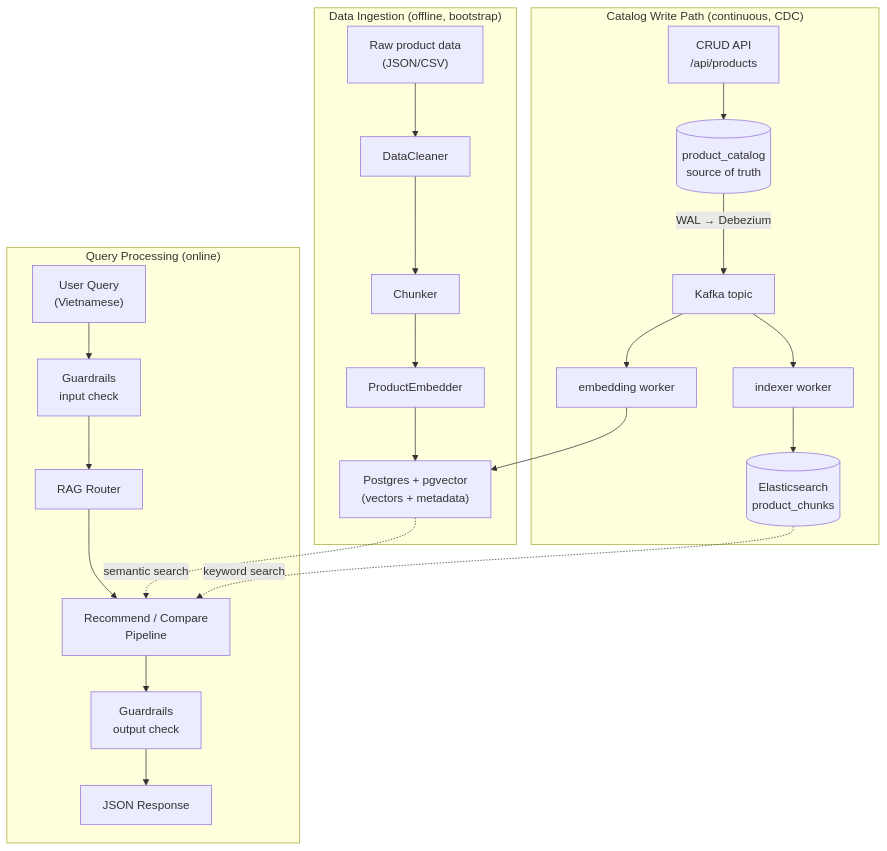
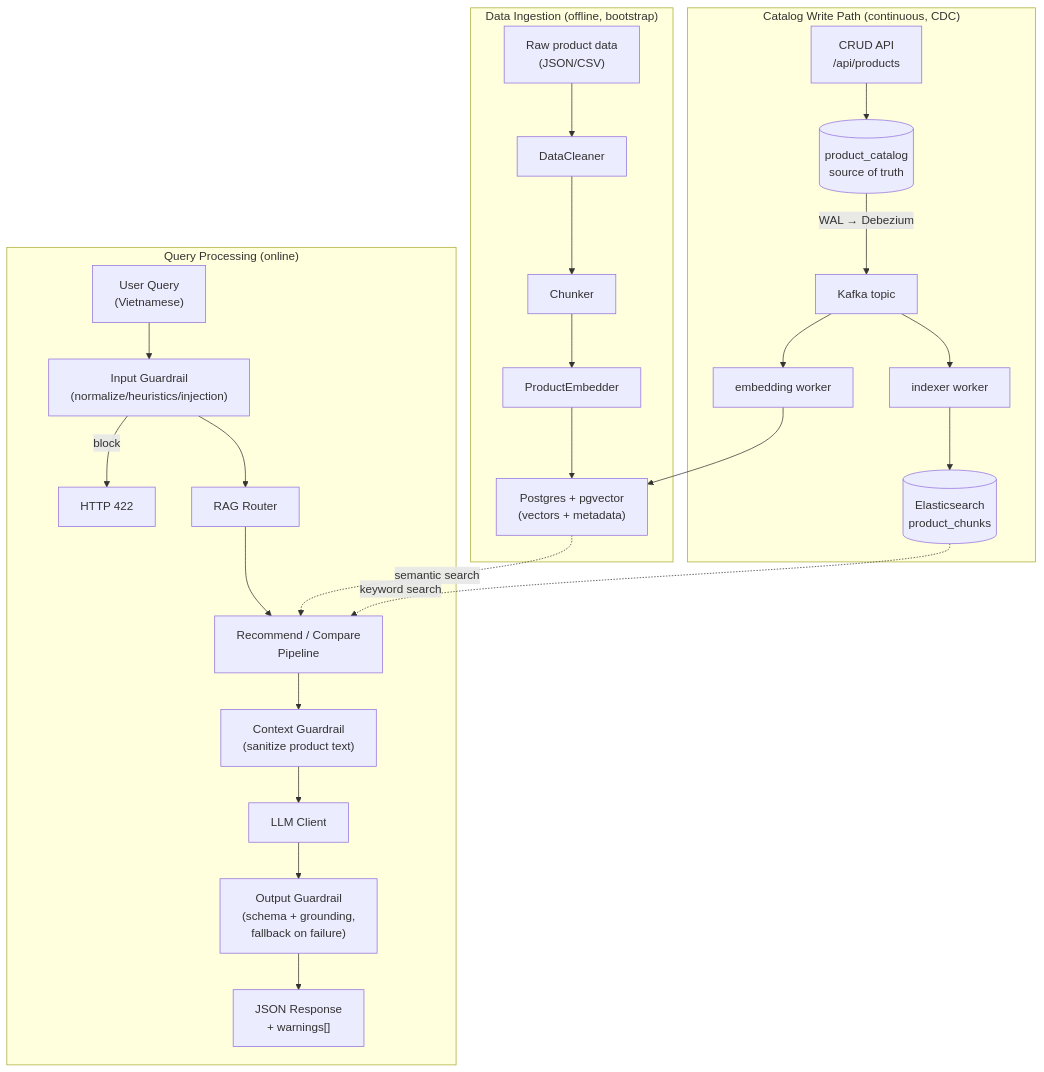
The sixth of 6 diagrams in docs/architecture/pipeline-flow.md (nxhawk/techscout-rag-recommend), drawn with Mermaid before and after one commit. The commit also changed other lines of this file and 72 other files, not shown here.

````diff
--- a/docs/architecture/pipeline-flow.md
+++ b/docs/architecture/pipeline-flow.md
@@ -297,29 +330,32 @@
 ```mermaid
 flowchart TD
     subgraph Ingestion["Data Ingestion (offline, bootstrap)"]
         RAW["Raw product data\n(JSON/CSV)"] --> CLEAN[DataCleaner]
         CLEAN --> CHUNK[Chunker]
         CHUNK --> EMBED[ProductEmbedder]
         EMBED --> STORE["Postgres + pgvector\n(vectors + metadata)"]
     end
 
     subgraph CDC["Catalog Write Path (continuous, CDC)"]
         CRUD["CRUD API\n/api/products"] --> CAT[("product_catalog\nsource of truth")]
         CAT -->|"WAL → Debezium"| KAFKA["Kafka topic"]
         KAFKA --> IW["indexer worker"]
         KAFKA --> EW["embedding worker"]
         IW --> ESI[("Elasticsearch\nproduct_chunks")]
         EW --> STORE
     end
 
     subgraph Runtime["Query Processing (online)"]
-        USER["User Query\n(Vietnamese)"] --> GUARD_IN[Guardrails\ninput check]
+        USER["User Query\n(Vietnamese)"] --> GUARD_IN["Input Guardrail\n(normalize/heuristics/injection)"]
+        GUARD_IN -->|block| E422["HTTP 422"]
         GUARD_IN --> ROUTER[RAG Router]
         ROUTER --> PIPELINE["Recommend / Compare\nPipeline"]
-        PIPELINE --> GUARD_OUT[Guardrails\noutput check]
-        GUARD_OUT --> API["JSON Response"]
+        PIPELINE --> GUARD_CTX["Context Guardrail\n(sanitize product text)"]
+        GUARD_CTX --> LLMCALL[LLM Client]
+        LLMCALL --> GUARD_OUT["Output Guardrail\n(schema + grounding,\nfallback on failure)"]
+        GUARD_OUT --> API["JSON Response\n+ warnings[]"]
     end
 
     STORE -.->|"semantic search"| PIPELINE
     ESI -.->|"keyword search"| PIPELINE
 ```
````
